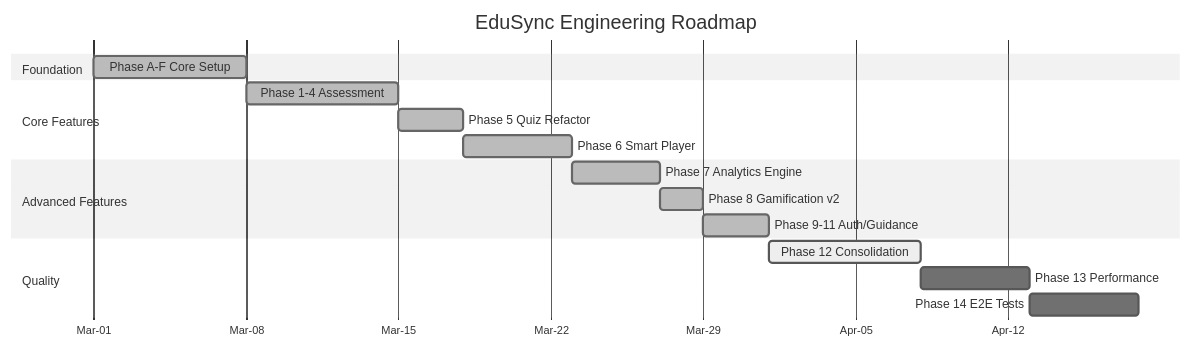
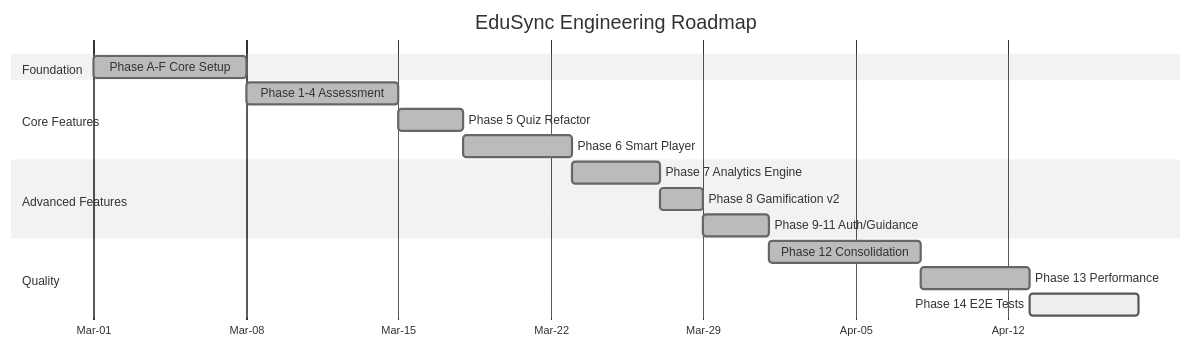
One commit to AI-Powered-Edtech/LMS changed the diagram in docs/ENGINEERING_ROADMAP.md. Above: the diagram before and after it, drawn with Mermaid (neutral theme). The commit also changed other lines of this file and 2 other files, not shown here.

First line of the commit message:
docs: Phase 13 — update roadmap, changelog, architecture docs

````diff
--- a/docs/ENGINEERING_ROADMAP.md
+++ b/docs/ENGINEERING_ROADMAP.md
@@ -51,24 +51,24 @@
 ```mermaid
 gantt
     title EduSync Engineering Roadmap
     dateFormat YYYY-MM-DD
     axisFormat %b-%d
 
     section Foundation
     Phase A-F Core Setup     :done, pa, 2026-03-01, 7d
 
     section Core Features
     Phase 1-4 Assessment     :done, p14, 2026-03-08, 7d
     Phase 5 Quiz Refactor    :done, p5, after p14, 3d
     Phase 6 Smart Player     :done, p6, after p5, 5d
 
     section Advanced Features
     Phase 7 Analytics Engine :done, p7, after p6, 4d
     Phase 8 Gamification v2  :done, p8, after p7, 2d
     Phase 9-11 Auth/Guidance :done, p9, after p8, 3d
 
     section Quality
-    Phase 12 Consolidation   :active, p12, after p9, 7d
-    Phase 13 Performance     :p13, after p12, 5d
-    Phase 14 E2E Tests       :p14b, after p13, 5d
+    Phase 12 Consolidation   :done, p12, after p9, 7d
+    Phase 13 Performance     :done, p13, after p12, 5d
+    Phase 14 E2E Tests       :active, p14b, after p13, 5d
 ```
````
